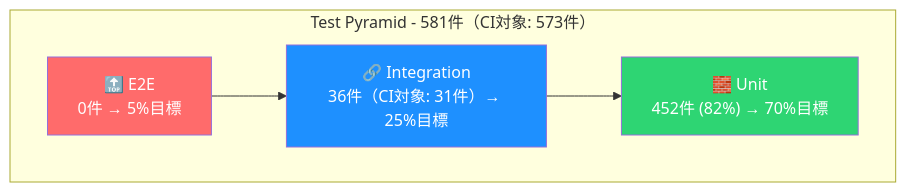
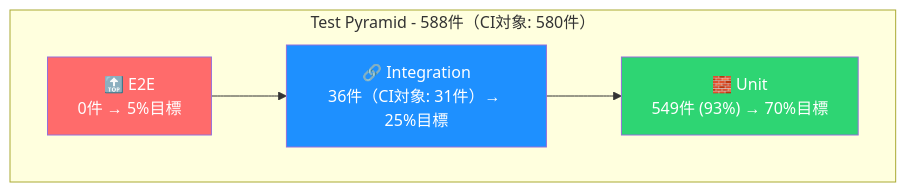
Before and after one commit to yaoki-dev/api-test-devops-portfolio: the second of 3 diagrams in README.md, drawn with Mermaid. The commit also changed other lines of this file and 5 other files, not shown here.

````diff
--- a/README.md
+++ b/README.md
@@ -292,13 +289,13 @@
 ```mermaid
 graph TB
-    subgraph "Test Pyramid - 581件（CI対象: 573件）"
+    subgraph "Test Pyramid - 588件（CI対象: 580件）"
         E2E["🔝 E2E<br/>0件 → 5%目標"]
         Integration["🔗 Integration<br/>36件（CI対象: 31件）→ 25%目標"]
-        Unit["🧱 Unit<br/>452件 (82%) → 70%目標"]
+        Unit["🧱 Unit<br/>549件 (93%) → 70%目標"]
     end
     E2E --> Integration --> Unit
 
     style E2E fill:#ff6b6b,color:#fff
     style Integration fill:#1e90ff,color:#fff
     style Unit fill:#2ed573,color:#fff
 ```
````
